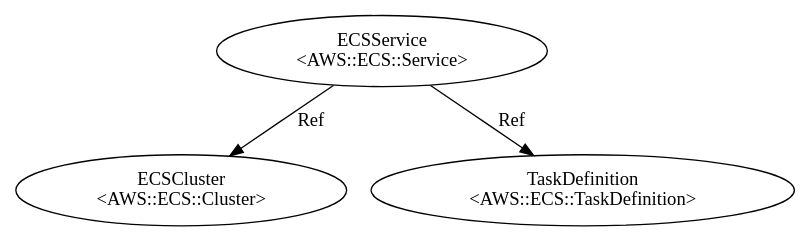
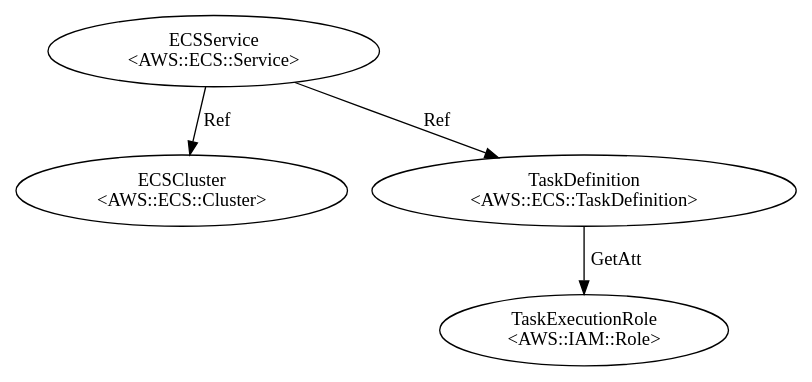
Before and after one commit to tungnk181120/CloudFormation: the diagram in test_ecs.yaml.dot, drawn with Graphviz. The commit also changed 6 other files, not shown here.

```diff
--- a/test_ecs.yaml.dot
+++ b/test_ecs.yaml.dot
@@ -1,7 +1,9 @@
 digraph "template" {
+TaskExecutionRole [label="TaskExecutionRole\n<AWS::IAM::Role>"];
 ECSCluster [label="ECSCluster\n<AWS::ECS::Cluster>"];
 ECSService [label="ECSService\n<AWS::ECS::Service>"];
 TaskDefinition [label="TaskDefinition\n<AWS::ECS::TaskDefinition>"];
 ECSService -> ECSCluster  [key=0, label=Ref];
 ECSService -> TaskDefinition  [key=0, label=Ref];
+TaskDefinition -> TaskExecutionRole  [key=0, label=GetAtt];
 }
```
